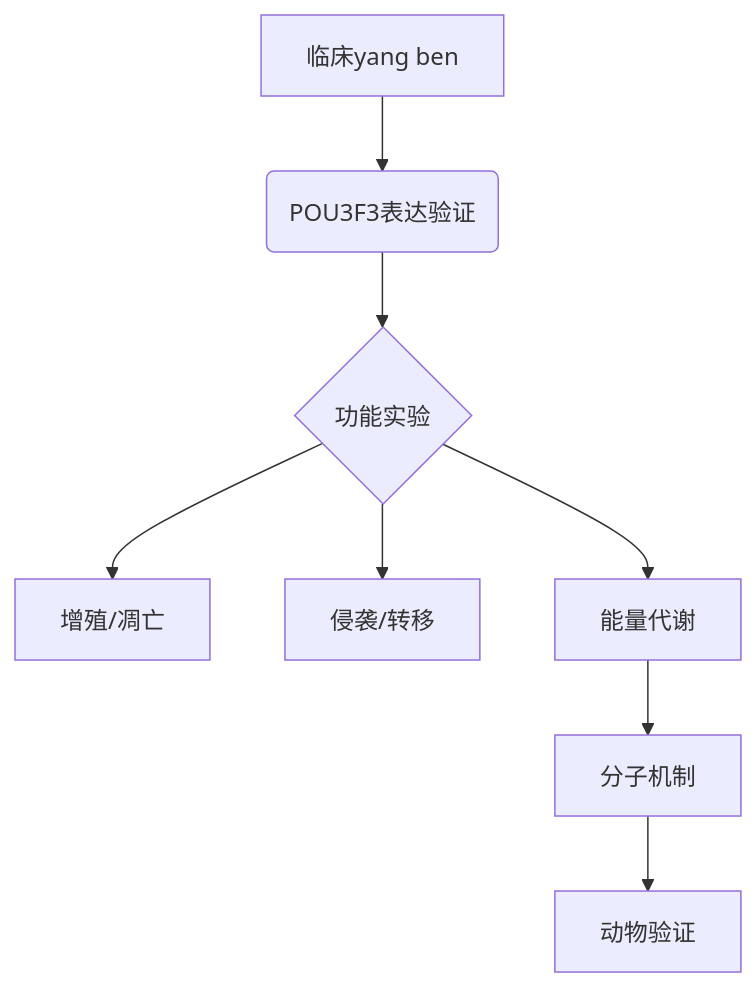
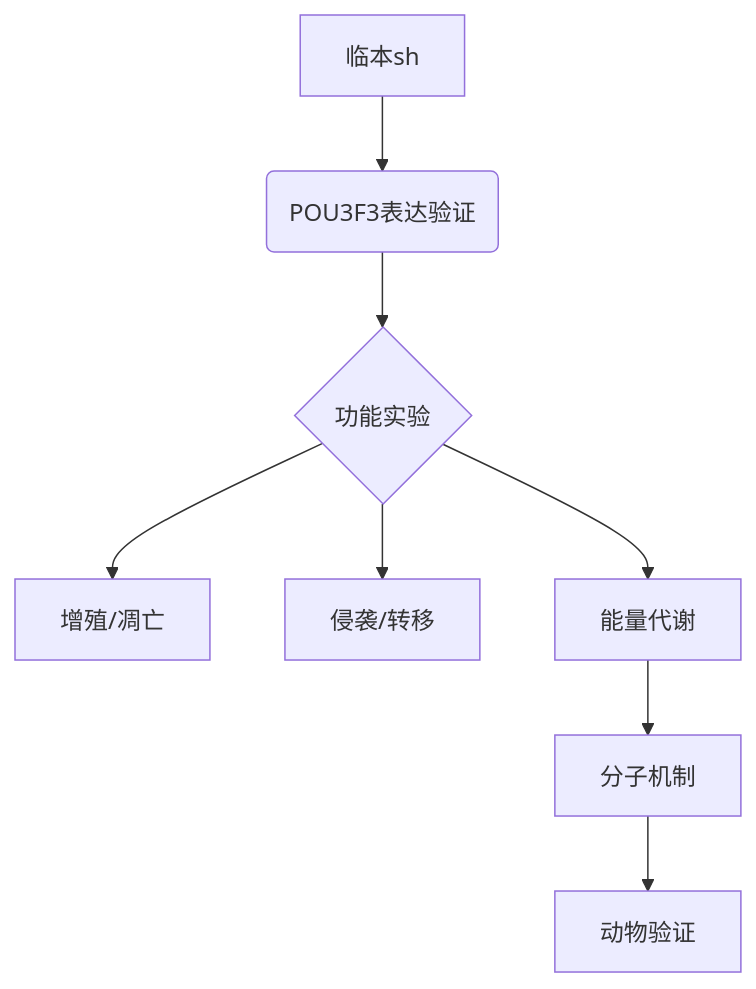
One commit to luoshui-binghua/iodraw-files changed the diagram in all/未命名.md. Above: the diagram before and after it, drawn with Mermaid.

Commit message:
2025-06-20 11:02:34 update

````diff
--- a/all/未命名.md
+++ b/all/未命名.md
@@ -1,11 +1,11 @@
 ```mermaid
 graph TD
-A[临床yang ben] --> B(POU3F3表达验证)
+A[临本sh] --> B(POU3F3表达验证)
 B --> C{功能实验}
 C --> D[增殖/凋亡]
 C --> E[侵袭/转移]
 C --> F[能量代谢]
 F --> G[分子机制]
 G --> H[动物验证]
 
 ```
````
